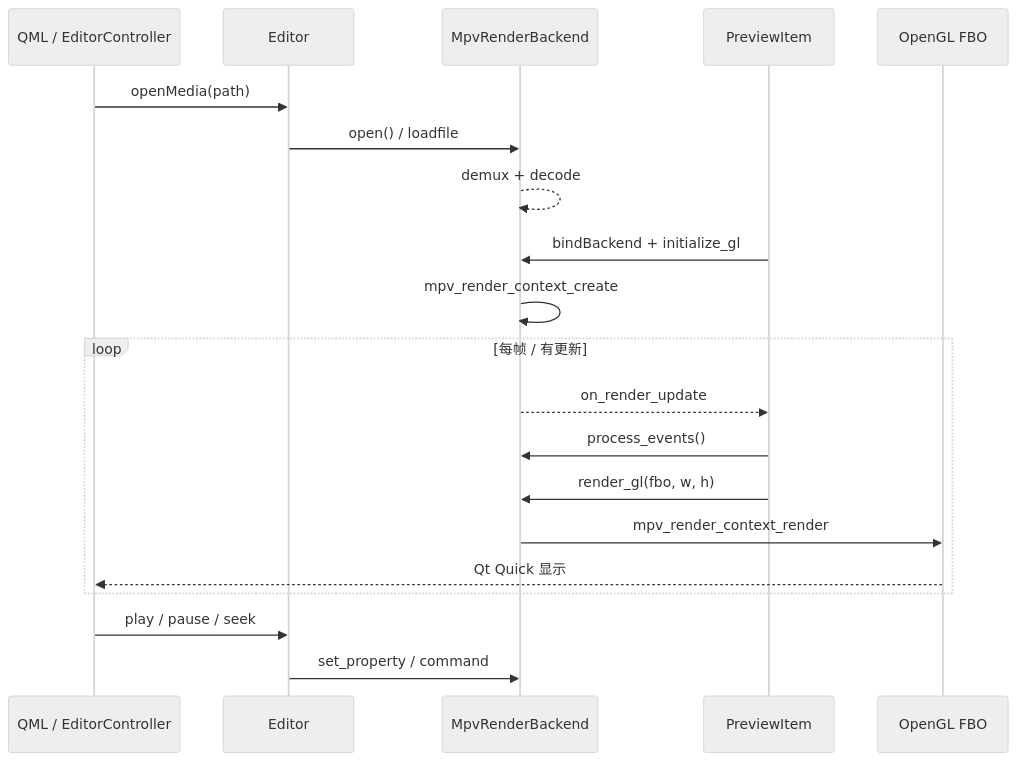
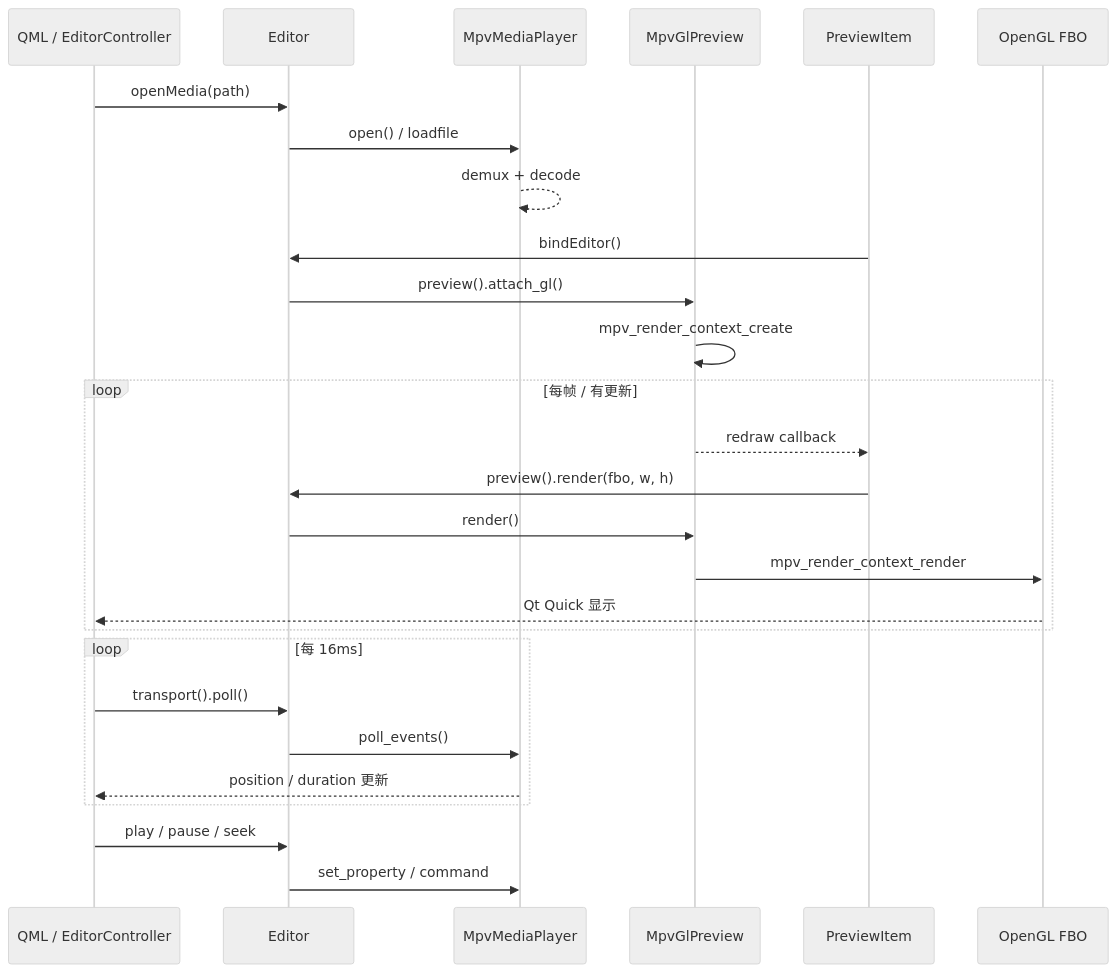
The diagram in lf-editor/README.md (Armand-Duval/LiteFrame), drawn with Mermaid (neutral theme) before and after one commit. The commit also changed other lines of this file and 14 other files, not shown here.

First line of the commit message:
Refactor app layering around Editor transport and preview facades.

````diff
--- a/lf-editor/README.md
+++ b/lf-editor/README.md
@@ -190,26 +226,34 @@
 ```mermaid
 sequenceDiagram
     participant UI as QML / EditorController
     participant ED as Editor
-    participant MP as MpvRenderBackend
+    participant MP as MpvMediaPlayer
+    participant PR as MpvGlPreview
     participant PV as PreviewItem
     participant GL as OpenGL FBO
 
     UI->>ED: openMedia(path)
     ED->>MP: open() / loadfile
     MP-->>MP: demux + decode
 
-    PV->>MP: bindBackend + initialize_gl
-    MP->>MP: mpv_render_context_create
+    PV->>ED: bindEditor()
+    ED->>PR: preview().attach_gl()
+    PR->>PR: mpv_render_context_create
 
     loop 每帧 / 有更新
-        MP-->>PV: on_render_update
-        PV->>MP: process_events()
-        PV->>MP: render_gl(fbo, w, h)
-        MP->>GL: mpv_render_context_render
+        PR-->>PV: redraw callback
+        PV->>ED: preview().render(fbo, w, h)
+        ED->>PR: render()
+        PR->>GL: mpv_render_context_render
         GL-->>UI: Qt Quick 显示
+    end
+
+    loop 每 16ms
+        UI->>ED: transport().poll()
+        ED->>MP: poll_events()
+        MP-->>UI: position / duration 更新
     end
 
     UI->>ED: play / pause / seek
     ED->>MP: set_property / command
 ```
````
